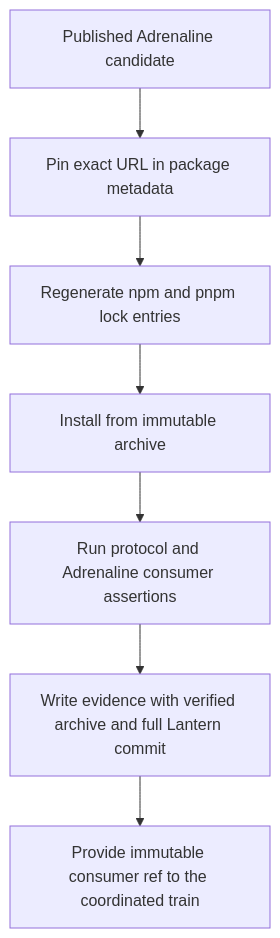
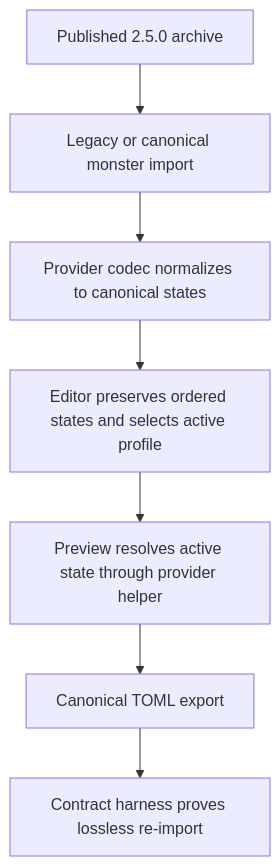
One commit to RebelliousSmile/lantern changed the first of 2 diagrams in aidd_docs/tasks/2026_09/2026_09_24_issue_45_schema_adrenaline_protocol_1/phase-3.md. Above: the diagram before and after it, drawn with Mermaid. The commit also changed other lines of this file and 12 other files, not shown here.

Commit message:
feat(adrenaline): adopt canonical monster states

````diff
--- a/aidd_docs/tasks/2026_09/2026_09_24_issue_45_schema_adrenaline_protocol_1/phase-3.md
+++ b/aidd_docs/tasks/2026_09/2026_09_24_issue_45_schema_adrenaline_protocol_1/phase-3.md
@@ -20,9 +31,9 @@
 ```mermaid
 flowchart TD
-  A[Published Adrenaline candidate] --> B[Pin exact URL in package metadata]
-  B --> C[Regenerate npm and pnpm lock entries]
-  C --> D[Install from immutable archive]
-  D --> E[Run protocol and Adrenaline consumer assertions]
-  E --> F[Write evidence with verified archive and full Lantern commit]
-  F --> G[Provide immutable consumer ref to the coordinated train]
+  A[Published 2.5.0 archive] --> B[Legacy or canonical monster import]
+  B --> C[Provider codec normalizes to canonical states]
+  C --> D[Editor preserves ordered states and selects active profile]
+  D --> E[Preview resolves active state through provider helper]
+  E --> F[Canonical TOML export]
+  F --> G[Contract harness proves lossless re-import]
 ```
````
